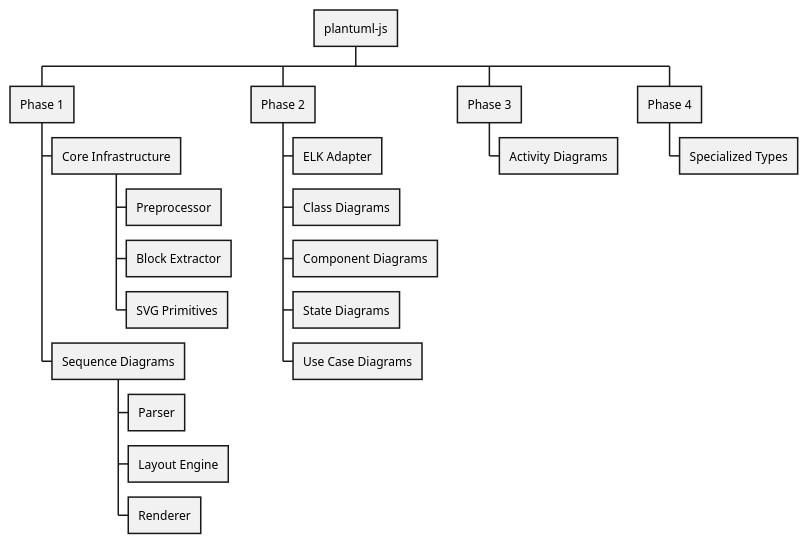
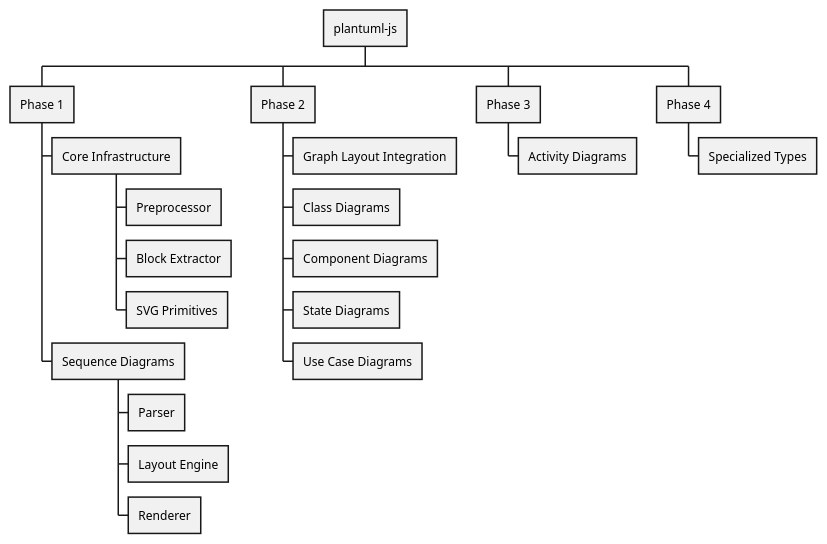
One commit to sseely/plantuml-ts changed diagram 11 of 11 in planning/demo-app.md. Above: the diagram before and after it, drawn with PlantUML. The commit also changed other lines of this file and 25 other files, not shown here.

First line of the commit message:
feat: multi-diagram rendering improvements and layout fixes

````diff
--- a/planning/demo-app.md
+++ b/planning/demo-app.md
@@ -410,24 +410,24 @@
 ```plantuml
 @startwbs
 + plantuml-js
 ++ Phase 1
 +++ Core Infrastructure
 ++++ Preprocessor
 ++++ Block Extractor
 ++++ SVG Primitives
 +++ Sequence Diagrams
 ++++ Parser
 ++++ Layout Engine
 ++++ Renderer
 ++ Phase 2
-+++ ELK Adapter
++++ Graph Layout Integration
 +++ Class Diagrams
 +++ Component Diagrams
 +++ State Diagrams
 +++ Use Case Diagrams
 ++ Phase 3
 +++ Activity Diagrams
 ++ Phase 4
 +++ Specialized Types
 @endwbs
 ```
````
